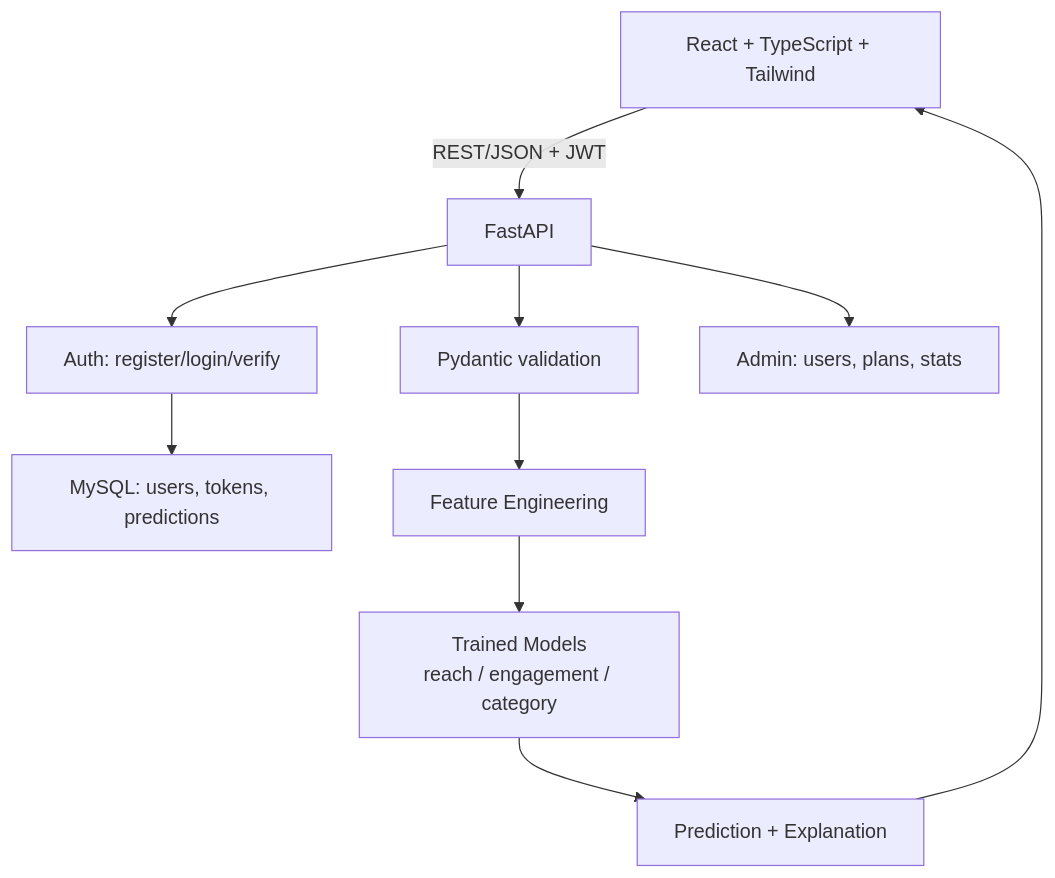
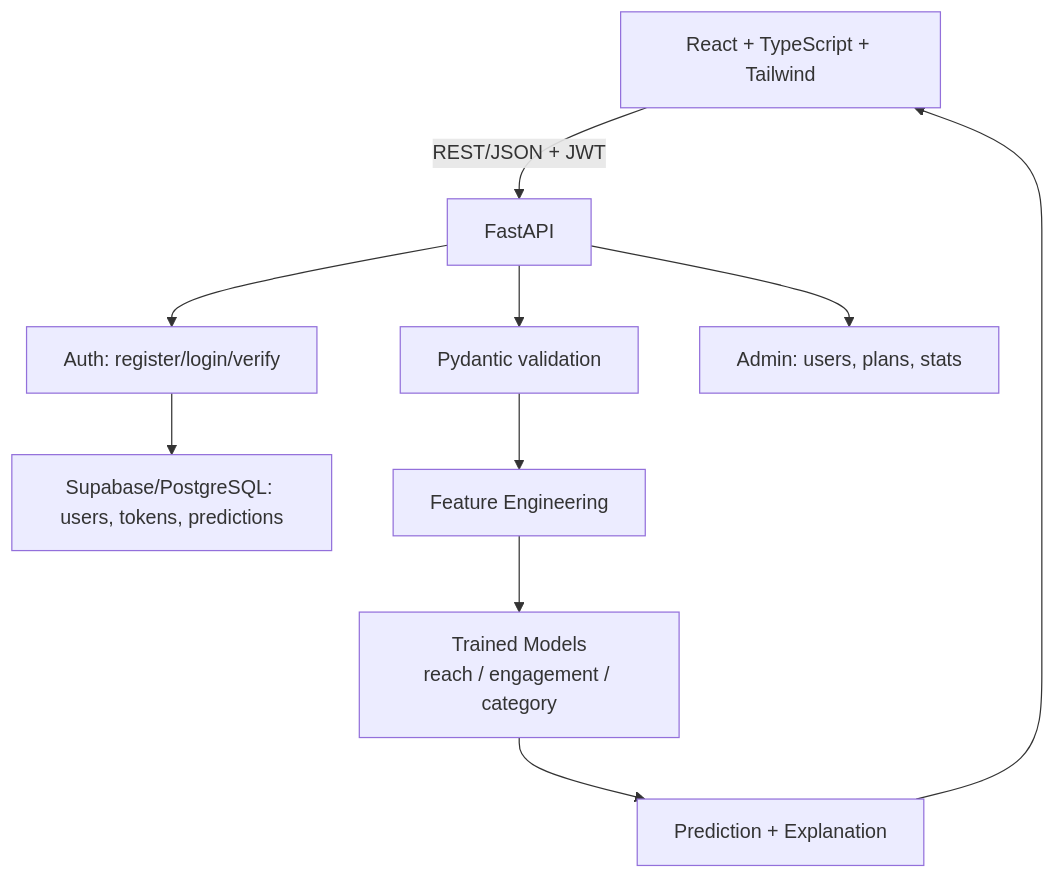
One commit to ganeswarikuramdasu/PostPulse changed the diagram in README.md. Above: the diagram before and after it, drawn with Mermaid. The commit also changed other lines of this file and 6 other files, not shown here.

First line of the commit message:
chore: remove MySQL support, use Supabase/PostgreSQL everywhere

````diff
--- a/README.md
+++ b/README.md
@@ -40,12 +41,12 @@
 ```mermaid
 flowchart TD
     A[React + TypeScript + Tailwind] -->|REST/JSON + JWT| B[FastAPI]
     B --> C[Auth: register/login/verify]
-    C --> D[MySQL: users, tokens, predictions]
+    C --> D[Supabase/PostgreSQL: users, tokens, predictions]
     B --> E[Pydantic validation]
     E --> F[Feature Engineering]
     F --> G[Trained Models<br/>reach / engagement / category]
     G --> H[Prediction + Explanation]
     H --> A
     B --> I[Admin: users, plans, stats]
 ```
````
